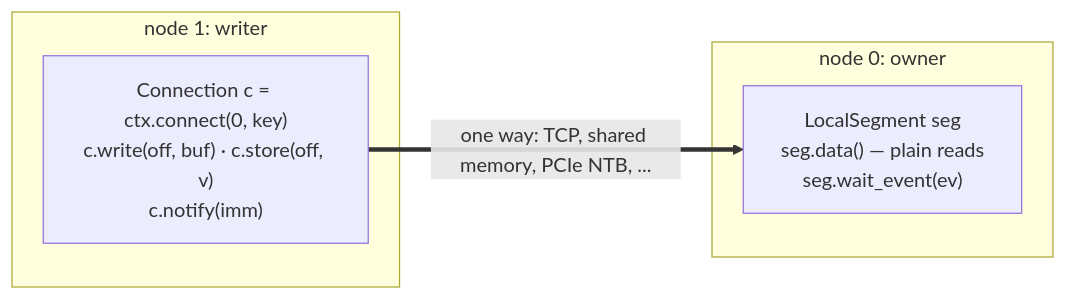
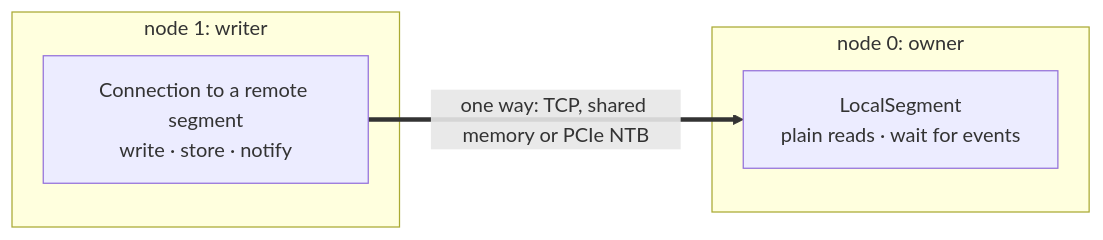
The diagram in README.md (oguzhankynk/pushseg), drawn with Mermaid before and after one commit.

Commit message:
README: simpler diagram (GitHub could not render the last one)

````diff
--- a/README.md
+++ b/README.md
@@ -16,10 +16,10 @@
 ```mermaid
 flowchart LR
-    subgraph W["node 1: writer"]
-        c["Connection c = ctx.connect(0, key)<br/>c.write(off, buf) · c.store(off, v)<br/>c.notify(imm)"]
+    subgraph writer["node 1: writer"]
+        c["Connection to a remote segment<br/>write · store · notify"]
     end
-    subgraph O["node 0: owner"]
-        s["LocalSegment seg<br/>seg.data() — plain reads<br/>seg.wait_event(ev)"]
+    subgraph owner["node 0: owner"]
+        s["LocalSegment<br/>plain reads · wait for events"]
     end
-    c ==>|"one way: TCP, shared memory, PCIe NTB, ..."| s
+    c ==>|one way: TCP, shared memory or PCIe NTB| s
 ```
````
